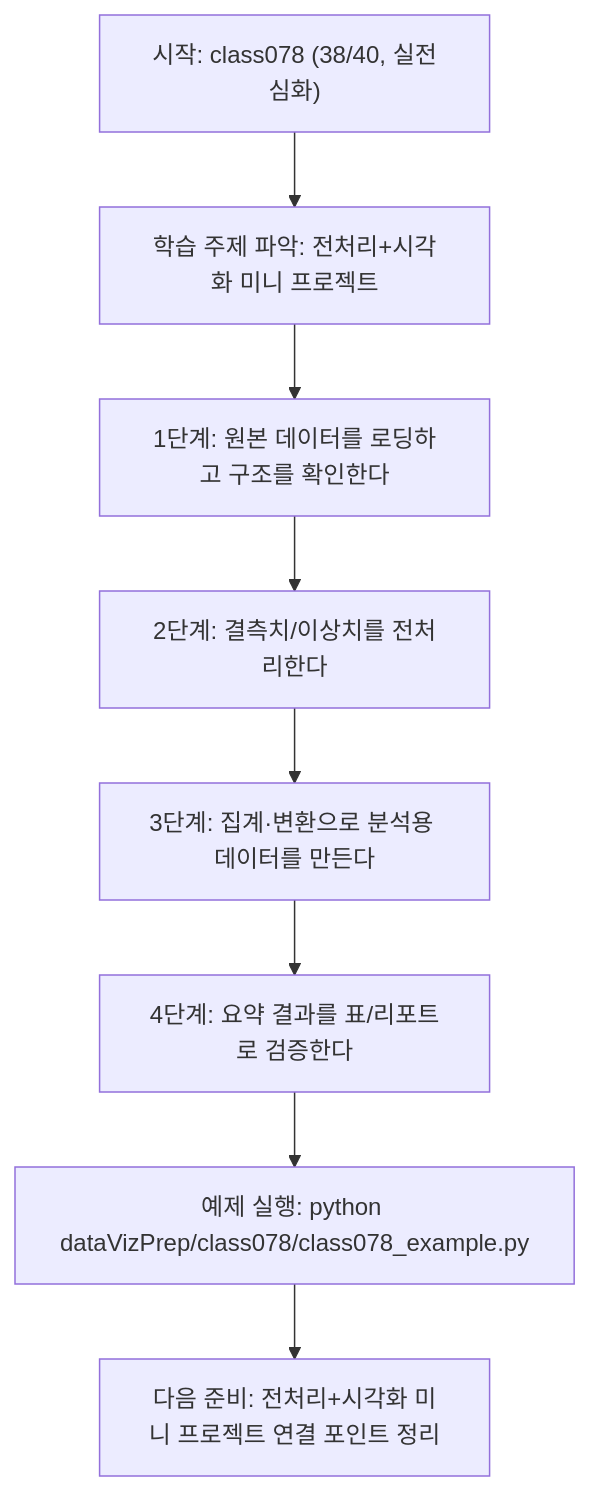
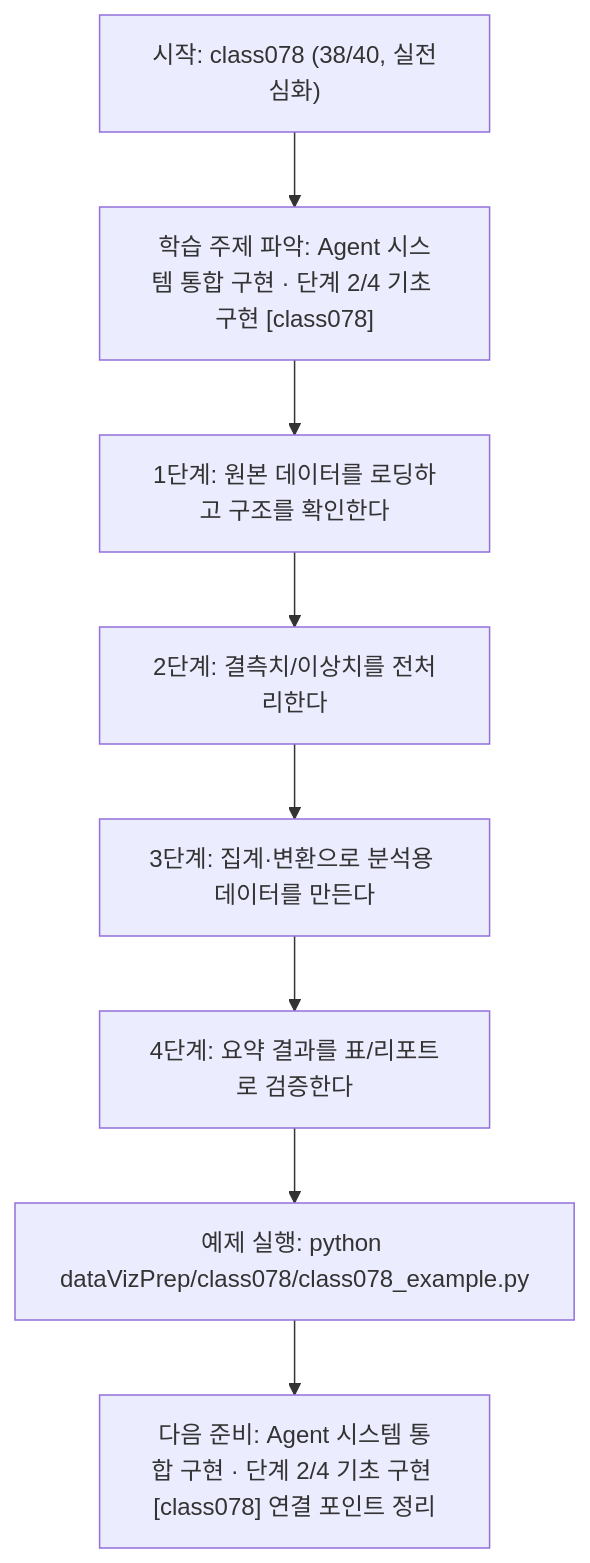
Before and after one commit to edumgt/Python-AI_Agent-Class: the diagram in dataVizPrep/class078/class078.md, drawn with Mermaid. The commit also changed other lines of this file and 522 other files, not shown here.

````diff
--- a/dataVizPrep/class078/class078.md
+++ b/dataVizPrep/class078/class078.md
@@ -111,18 +112,18 @@
 ```mermaid
 flowchart TD
 N1["시작: class078 (38/40, 실전심화)"]
-N2["학습 주제 파악: 전처리+시각화 미니 프로젝트"]
+N2["학습 주제 파악: Agent 시스템 통합 구현 · 단계 2/4 기초 구현 [class078]"]
 N3["1단계: 원본 데이터를 로딩하고 구조를 확인한다"]
 N4["2단계: 결측치/이상치를 전처리한다"]
 N5["3단계: 집계·변환으로 분석용 데이터를 만든다"]
 N6["4단계: 요약 결과를 표/리포트로 검증한다"]
 N7["예제 실행: python dataVizPrep/class078/class078_example.py"]
-N8["다음 준비: 전처리+시각화 미니 프로젝트 연결 포인트 정리"]
+N8["다음 준비: Agent 시스템 통합 구현 · 단계 2/4 기초 구현 [class078] 연결 포인트 정리"]
 N1 --> N2
 N2 --> N3
 N3 --> N4
 N4 --> N5
 N5 --> N6
 N6 --> N7
 N7 --> N8
 ```
````
